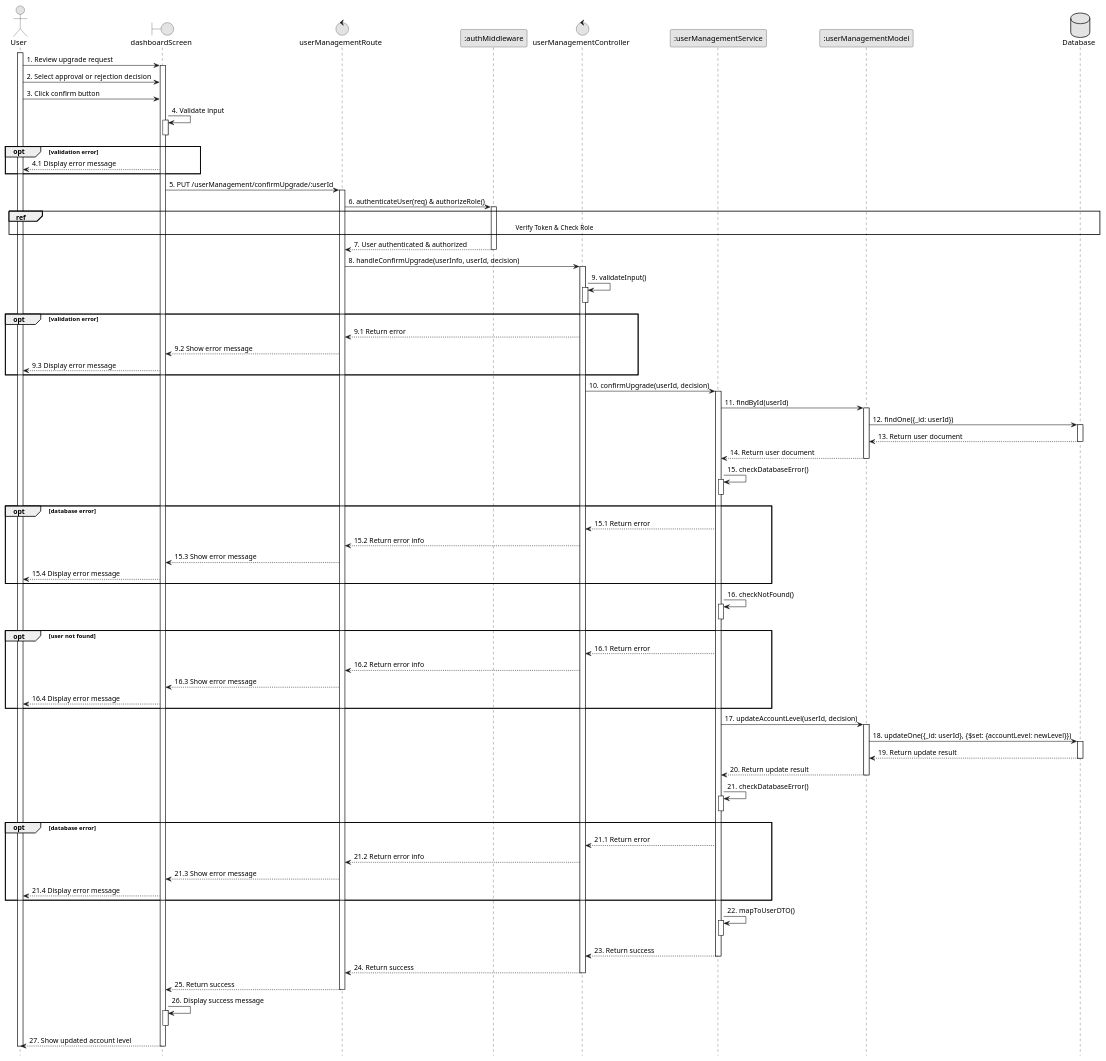
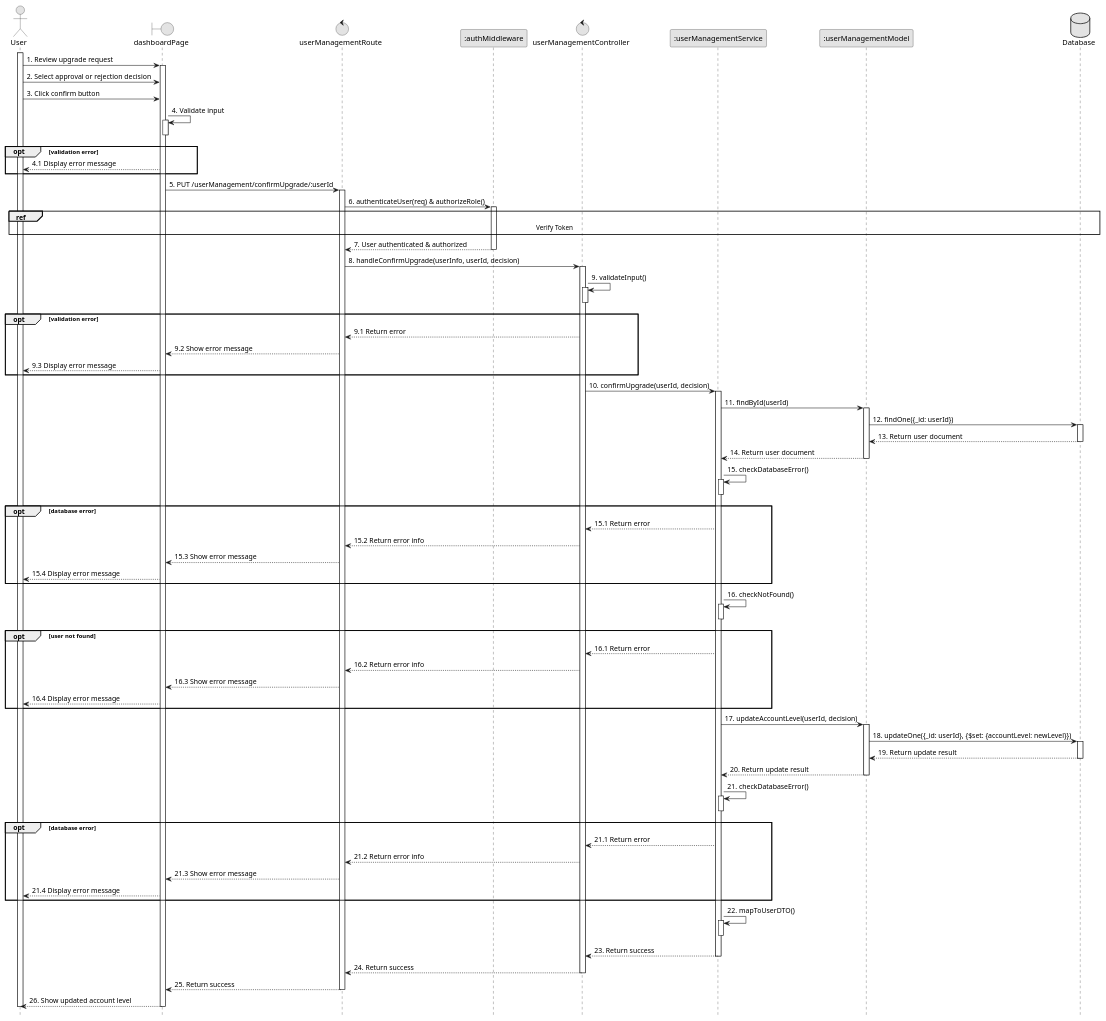
Before and after one commit to VietDurian/VietDurian: the diagram in planuml/web/12.5_confirmUpgrade.puml, drawn with PlantUML. The commit also changed 24 other files, not shown here.

Commit message:
ViVLT: Edit sequence and add check role flow for authentication sub sequence

```diff
--- a/planuml/web/12.5_confirmUpgrade.puml
+++ b/planuml/web/12.5_confirmUpgrade.puml
@@ -1,105 +1,103 @@
 @startuml 12.5_confirmUpgrade
 skinparam monochrome true
 skinparam shadowing false
 skinparam sequenceArrowThickness 1
 hide footbox
 
 actor User
-boundary dashboardScreen as UI
+boundary dashboardPage as UI
 control userManagementRoute as Route
 participant ":authMiddleware" as Middleware
 control userManagementController as Controller
 participant ":userManagementService" as Service
 participant ":userManagementModel" as Model
 database Database as DB
 
 activate User
 User -> UI : 1. Review upgrade request
 activate UI
 User -> UI : 2. Select approval or rejection decision
 User -> UI : 3. Click confirm button
 UI -> UI : 4. Validate input
 activate UI
 deactivate UI
 opt validation error
     UI --> User : 4.1 Display error message
 end
 UI -> Route : 5. PUT /userManagement/confirmUpgrade/:userId
 activate Route
 Route -> Middleware : 6. authenticateUser(req) & authorizeRole()
 activate Middleware
-ref over User, DB: Verify Token & Check Role
+ref over User, DB: Verify Token
 Middleware --> Route : 7. User authenticated & authorized
 deactivate Middleware
 Route -> Controller : 8. handleConfirmUpgrade(userInfo, userId, decision)
 activate Controller
 Controller -> Controller : 9. validateInput()
 activate Controller
 deactivate Controller
 opt validation error
     Controller --> Route : 9.1 Return error
     Route --> UI : 9.2 Show error message
     UI --> User : 9.3 Display error message
 end
 Controller -> Service : 10. confirmUpgrade(userId, decision)
 activate Service
 Service -> Model : 11. findById(userId)
 activate Model
 Model -> DB : 12. findOne({_id: userId})
 activate DB
 DB --> Model : 13. Return user document
 deactivate DB
 Model --> Service : 14. Return user document
 deactivate Model
 Service -> Service : 15. checkDatabaseError()
 activate Service
 deactivate Service
 opt database error
     Service --> Controller : 15.1 Return error
     Controller --> Route : 15.2 Return error info
     Route --> UI : 15.3 Show error message
     UI --> User : 15.4 Display error message
 end
 Service -> Service : 16. checkNotFound()
 activate Service
 deactivate Service
 opt user not found
     Service --> Controller : 16.1 Return error
     Controller --> Route : 16.2 Return error info
     Route --> UI : 16.3 Show error message
     UI --> User : 16.4 Display error message
 end
 Service -> Model : 17. updateAccountLevel(userId, decision)
 activate Model
 Model -> DB : 18. updateOne({_id: userId}, {$set: {accountLevel: newLevel}})
 activate DB
 DB --> Model : 19. Return update result
 deactivate DB
 Model --> Service : 20. Return update result
 deactivate Model
 Service -> Service : 21. checkDatabaseError()
 activate Service
 deactivate Service
 opt database error
     Service --> Controller : 21.1 Return error
     Controller --> Route : 21.2 Return error info
     Route --> UI : 21.3 Show error message
     UI --> User : 21.4 Display error message
 end
 Service -> Service : 22. mapToUserDTO()
 activate Service
 deactivate Service
 Service --> Controller : 23. Return success
 deactivate Service
 Controller --> Route : 24. Return success
 deactivate Controller
 Route --> UI : 25. Return success
 deactivate Route
-UI -> UI : 26. Display success message
-activate UI
-deactivate UI
-UI --> User : 27. Show updated account level
+
+UI --> User : 26. Show updated account level
 deactivate UI
 deactivate User
 
 @enduml
```
